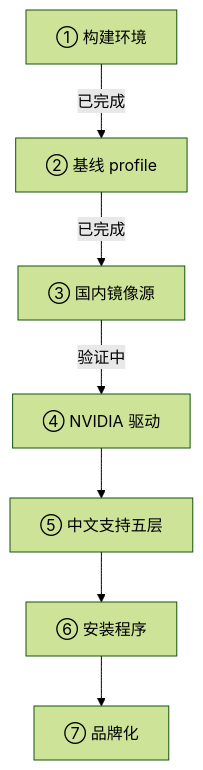
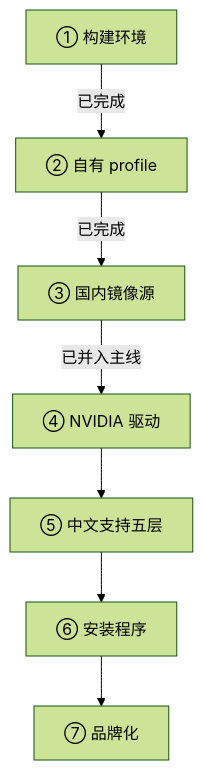
Before and after one commit to MipLinux/.github: the second of 2 diagrams in profile/README.md, drawn with Mermaid (forest theme). The commit also changed other lines of this file and 1 other file, not shown here.

````diff
--- a/profile/README.md
+++ b/profile/README.md
@@ -99,9 +104,9 @@
 ```mermaid
 flowchart TD
-    S1["① 构建环境"] -->|已完成| S2["② 基线 profile"]
+    S1["① 构建环境"] -->|已完成| S2["② 自有 profile"]
     S2 -->|已完成| S3["③ 国内镜像源"]
-    S3 -->|验证中| S4["④ NVIDIA 驱动"]
+    S3 -->|已并入主线| S4["④ NVIDIA 驱动"]
     S4 --> S5["⑤ 中文支持五层"]
     S5 --> S6["⑥ 安装程序"]
     S6 --> S7["⑦ 品牌化"]
 ```
````
